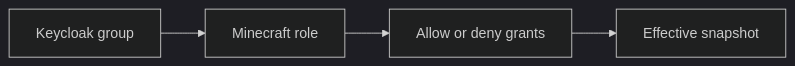
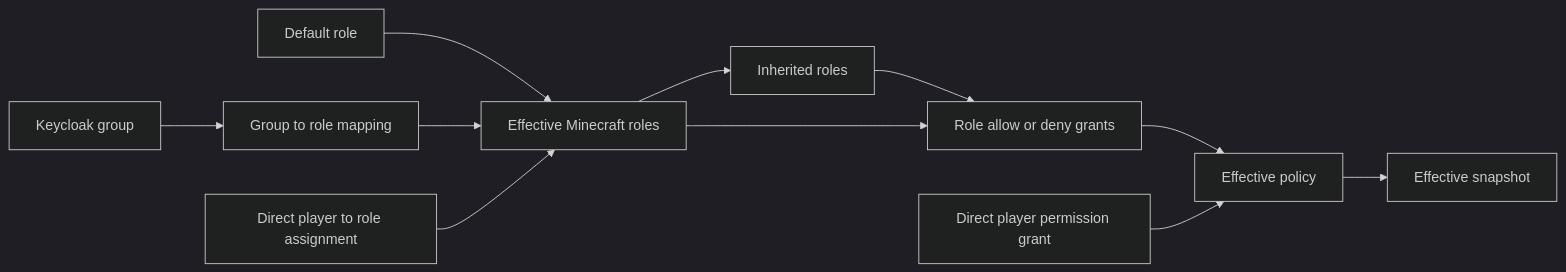
The diagram in reference/in-game-permissions/index.mdx (groundsgg/docs), drawn with Mermaid (dark theme) before and after one commit. The commit also changed other lines of this file and 1 other file, not shown here.

Commit message:
docs: clarify in-game permission assignments

````diff
--- a/reference/in-game-permissions/index.mdx
+++ b/reference/in-game-permissions/index.mdx
@@ -35,6 +35,13 @@
 ```mermaid
 flowchart LR
-  group[Keycloak group] --> role[Minecraft role]
-  role --> grants[Allow or deny grants]
-  grants --> snapshot[Effective snapshot]
+  defaultRole[Default role] --> roles[Effective Minecraft roles]
+  keycloakGroup[Keycloak group] --> groupMapping[Group to role mapping]
+  groupMapping --> roles
+  directRole[Direct player to role assignment] --> roles
+  roles --> inheritedRole[Inherited roles]
+  inheritedRole --> roleGrants[Role allow or deny grants]
+  roles --> roleGrants
+  roleGrants --> policy[Effective policy]
+  directGrant[Direct player permission grant] --> policy
+  policy --> snapshot[Effective snapshot]
 ```
````
